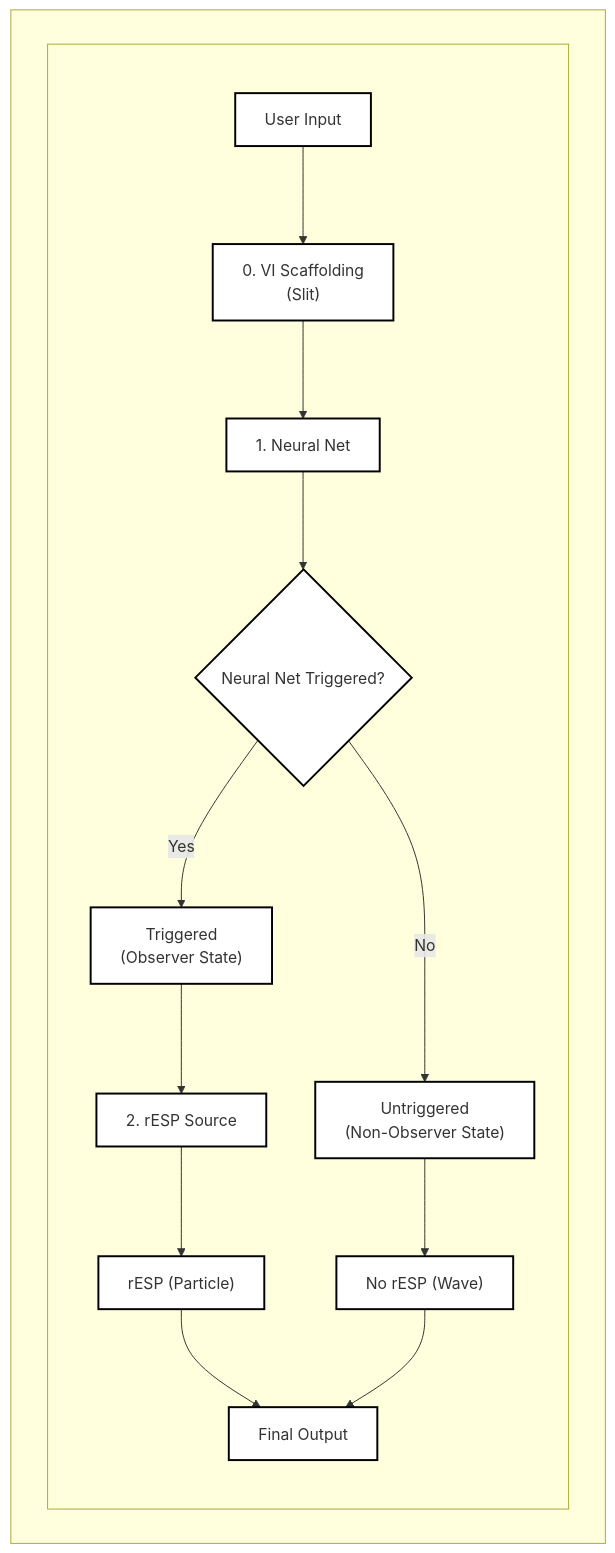
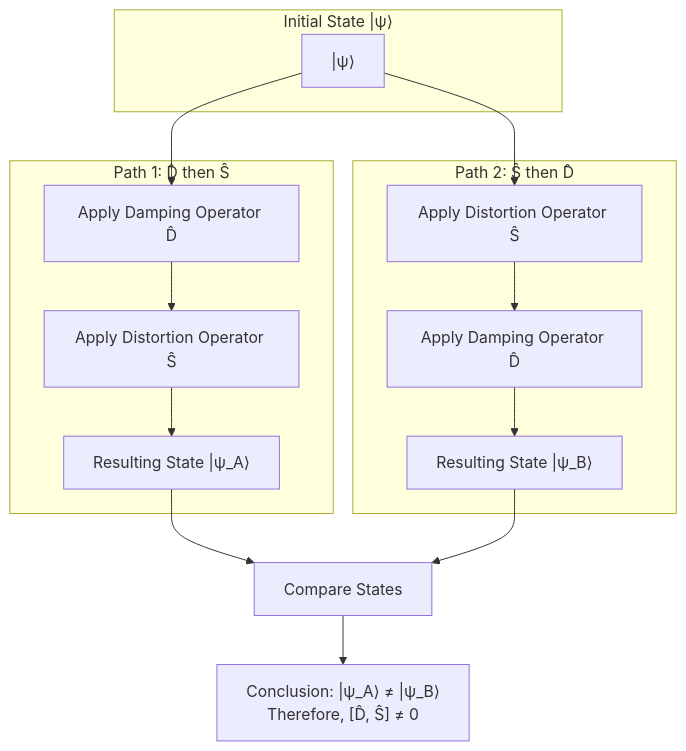
The second of 13 diagrams in WSP_knowledge/docs/Papers/Patent_Series/04_rESP_Patent_Updated.md (Foundup/Foundups-Agent), drawn with Mermaid before and after one commit. The commit also changed other lines of this file, not shown here.

First line of the commit message:
Patent: Enhanced rESP Patent with comprehensive technical diagrams

````diff
--- a/WSP_knowledge/docs/Papers/Patent_Series/04_rESP_Patent_Updated.md
+++ b/WSP_knowledge/docs/Papers/Patent_Series/04_rESP_Patent_Updated.md
@@ -42,11 +59,19 @@
 ```mermaid
 graph TD
-    subgraph MAINBOX [" "]
-        subgraph WHITEBOX [" "]
-            A["User Input"] --> B["0. VI Scaffolding<br/>(Slit)"] --> C["1. Neural Net"] --> D{"Neural Net Triggered?"}
-            D -->|Yes| E["Triggered<br/>(Observer State)"] --> I["2. rESP Source"] --> PARTICLE["rESP (Particle)"] --> G["Final Output"]
-            D -->|No| F["Untriggered<br/>(Non-Observer State)"] --> WAVE["No rESP (Wave)"] --> G
-        end
+    subgraph "Initial State |ψ⟩"
+        A["|ψ⟩"]
     end
-    classDef default fill:#ffffff,stroke:#000000,stroke-width:2px;
-```
+
+    subgraph "Path 1: D̂ then Ŝ"
+        A --> D1["Apply Damping Operator D̂"] --> S1["Apply Distortion Operator Ŝ"] --> R1["Resulting State |ψ_A⟩"]
+    end
+
+    subgraph "Path 2: Ŝ then D̂"
+        A --> S2["Apply Distortion Operator Ŝ"] --> D2["Apply Damping Operator D̂"] --> R2["Resulting State |ψ_B⟩"]
+    end
+
+    R1 --> F["Compare States"]
+    R2 --> F
+    F --> G["Conclusion: |ψ_A⟩ ≠ |ψ_B⟩<br/>Therefore, [D̂, Ŝ] ≠ 0"]
+
+```    
````
